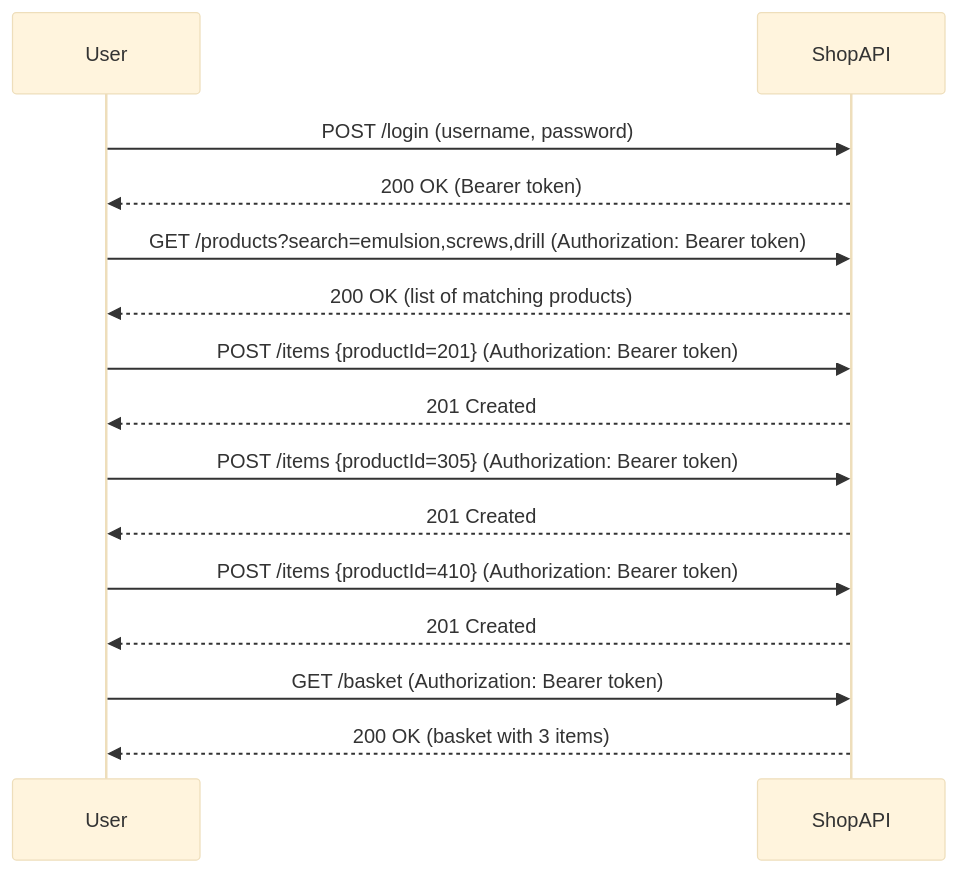
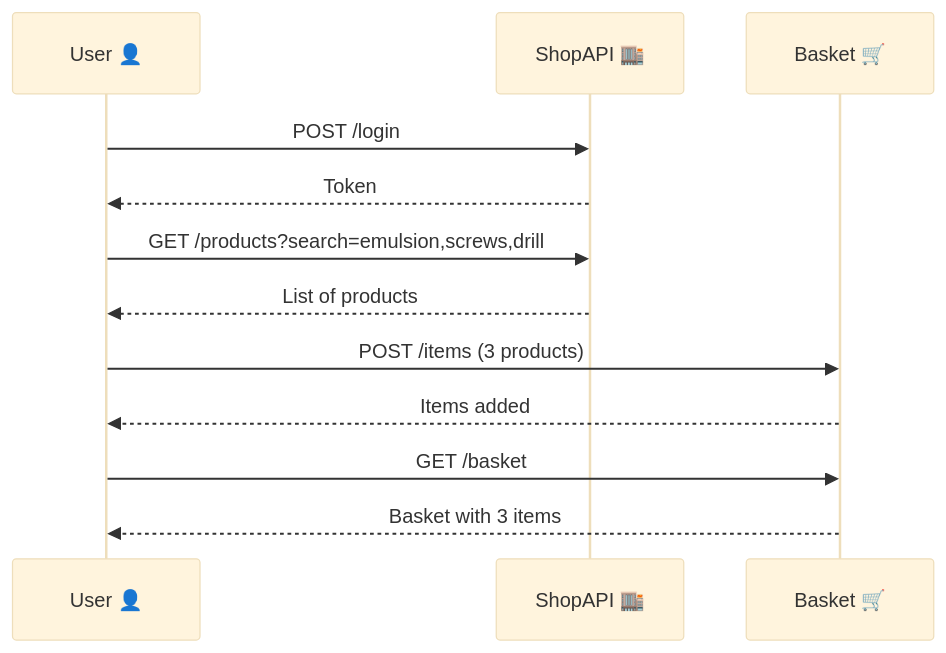
One commit to edwardwillis/corepython changed the diagram in workshop-sequence.md. Above: the diagram before and after it, drawn with Mermaid (base theme).

Commit message:
Update workshop sequence diagram with emojis

````diff
--- a/workshop-sequence.md
+++ b/workshop-sequence.md
@@ -1,23 +1,18 @@
 ```mermaid
-    sequenceDiagram
-    participant User
-    participant ShopAPI
+sequenceDiagram
+    participant User 👤
+    participant ShopAPI 🏬
+    participant Basket 🛒
 
-    User->>ShopAPI: POST /login (username, password)
-    ShopAPI-->>User: 200 OK (Bearer token)
+    User 👤->>ShopAPI 🏬: POST /login
+    ShopAPI 🏬-->>User 👤: Token
 
-    User->>ShopAPI: GET /products?search=emulsion,screws,drill (Authorization: Bearer token)
-    ShopAPI-->>User: 200 OK (list of matching products)
+    User 👤->>ShopAPI 🏬: GET /products?search=emulsion,screws,drill
+    ShopAPI 🏬-->>User 👤: List of products
 
-    User->>ShopAPI: POST /items {productId=201} (Authorization: Bearer token)
-    ShopAPI-->>User: 201 Created
+    User 👤->>Basket 🛒: POST /items (3 products)
+    Basket 🛒-->>User 👤: Items added
 
-    User->>ShopAPI: POST /items {productId=305} (Authorization: Bearer token)
-    ShopAPI-->>User: 201 Created
-
-    User->>ShopAPI: POST /items {productId=410} (Authorization: Bearer token)
-    ShopAPI-->>User: 201 Created
-
-    User->>ShopAPI: GET /basket (Authorization: Bearer token)
-    ShopAPI-->>User: 200 OK (basket with 3 items)
+    User 👤->>Basket 🛒: GET /basket
+    Basket 🛒-->>User 👤: Basket with 3 items
 ```
````
